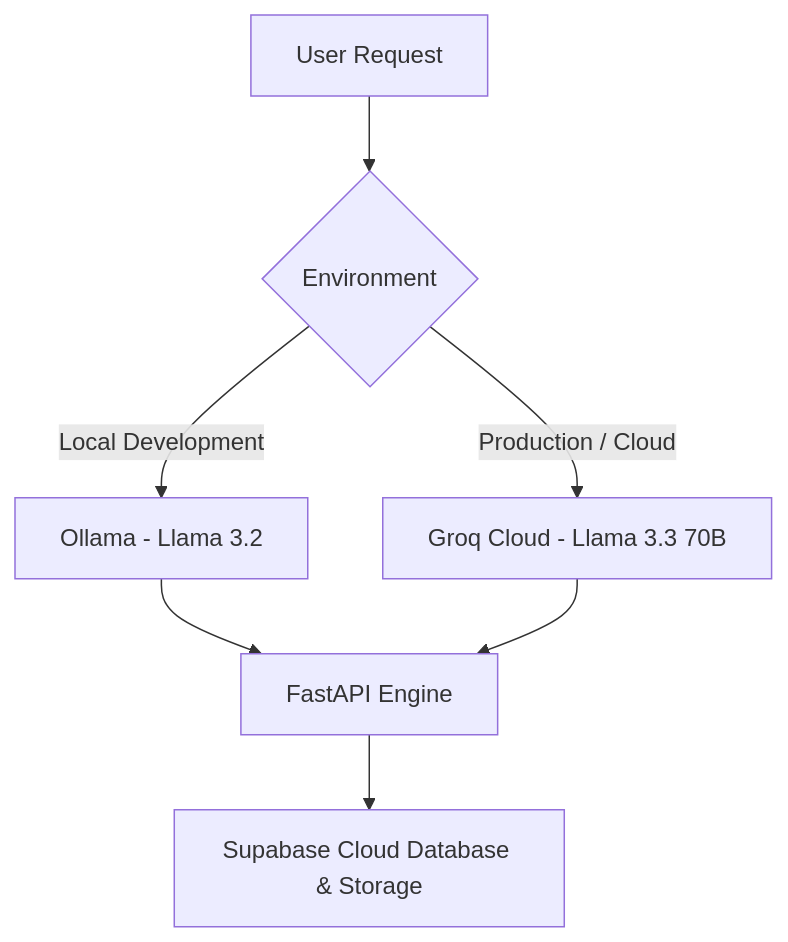
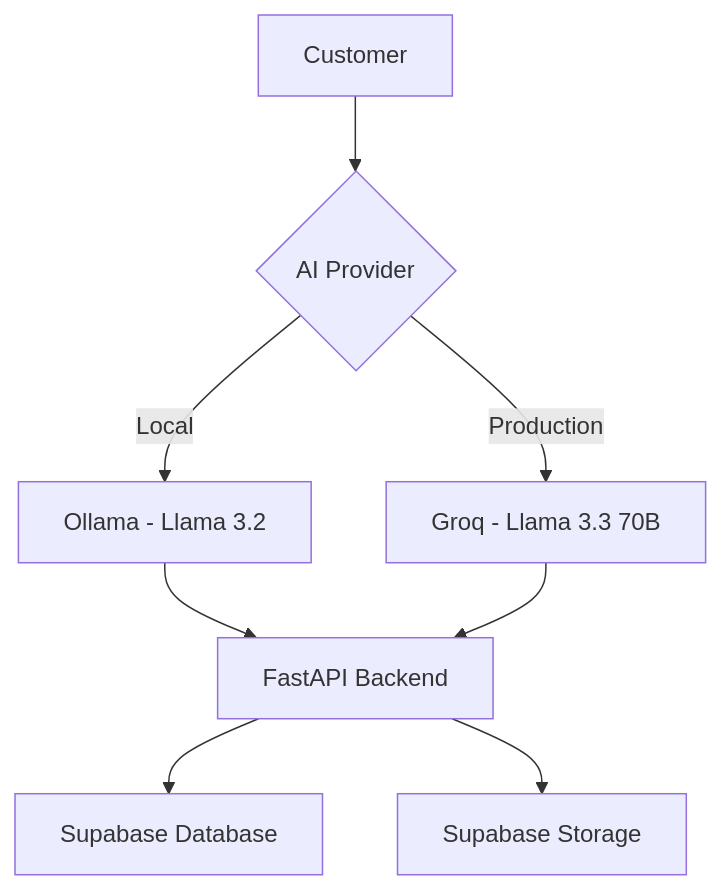
Before and after one commit to SanKrishnan/Savoury-Sweet: the diagram in README.md, drawn with Mermaid. The commit also changed other lines of this file, not shown here.

````diff
--- a/README.md
+++ b/README.md
@@ -22,9 +25,10 @@
 ```mermaid
 graph TD
-    A[User Request] --> B{Environment}
-    B -- Local Development --> C[Ollama - Llama 3.2]
-    B -- Production / Cloud --> D[Groq Cloud - Llama 3.3 70B]
-    C --> E[FastAPI Engine]
-    D --> E[FastAPI Engine]
-    E --> F[Supabase Cloud Database & Storage]
+    A[Customer] --> B{AI Provider}
+    B -->|Local| C[Ollama - Llama 3.2]
+    B -->|Production| D[Groq - Llama 3.3 70B]
+    C --> E[FastAPI Backend]
+    D --> E
+    E --> F[Supabase Database]
+    E --> G[Supabase Storage]
 ```
````
